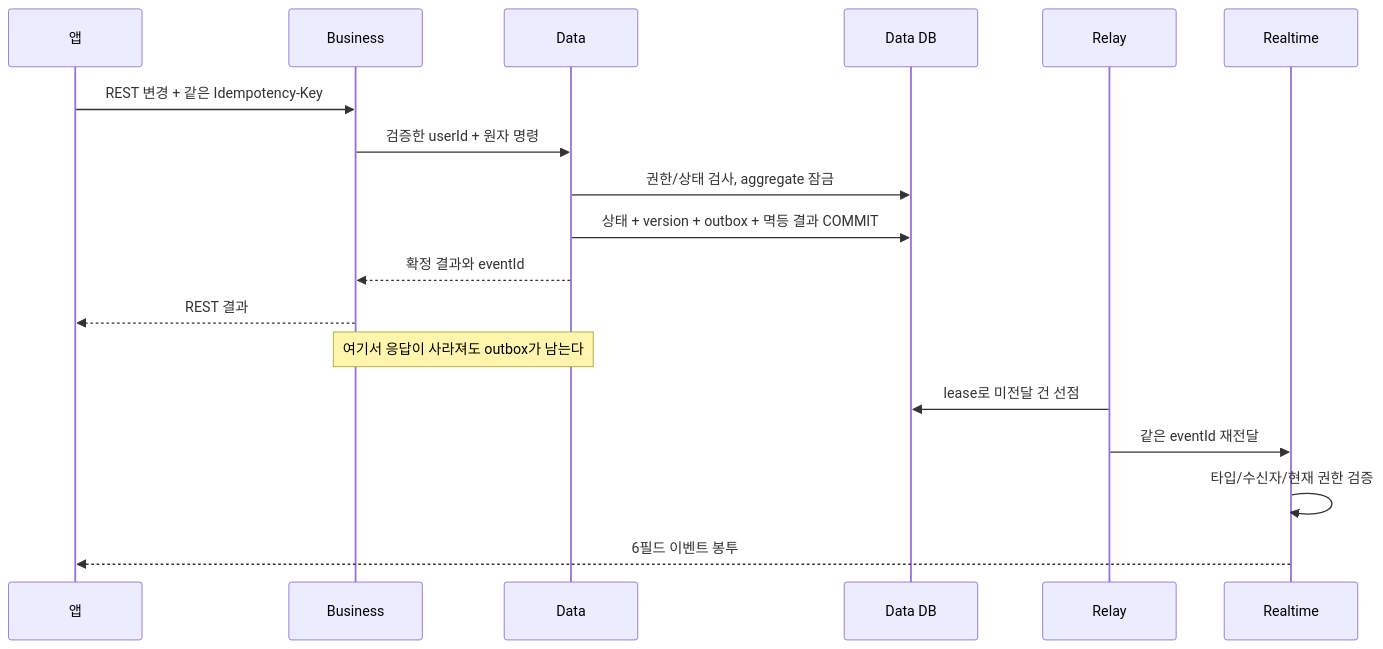
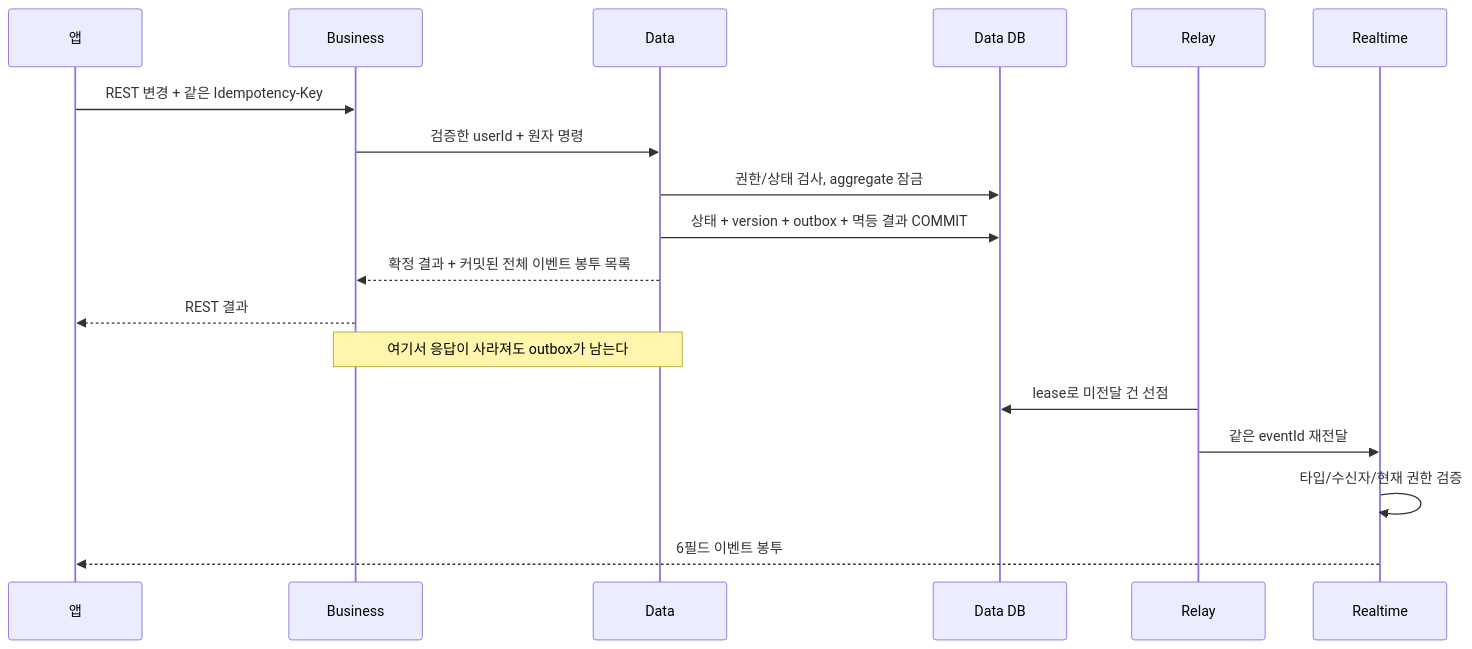
One commit to OneOrThree/phone changed the second of 4 diagrams in docs/prd/realtime-events/high-level-design.md. Above: the diagram before and after it, drawn with Mermaid. The commit also changed other lines of this file and 2 other files, not shown here.

Commit message:
[FIX] GROMO-1754 메시지 식별자와 전체 이벤트 응답 계약 정합

````diff
--- a/docs/prd/realtime-events/high-level-design.md
+++ b/docs/prd/realtime-events/high-level-design.md
@@ -33,20 +33,20 @@
 ```mermaid
 sequenceDiagram
     participant A as 앱
     participant B as Business
     participant D as Data
     participant DB as Data DB
     participant L as Relay
     participant R as Realtime
     A->>B: REST 변경 + 같은 Idempotency-Key
     B->>D: 검증한 userId + 원자 명령
     D->>DB: 권한/상태 검사, aggregate 잠금
     D->>DB: 상태 + version + outbox + 멱등 결과 COMMIT
-    D-->>B: 확정 결과와 eventId
+    D-->>B: 확정 결과 + 커밋된 전체 이벤트 봉투 목록
     B-->>A: REST 결과
     Note over D,B: 여기서 응답이 사라져도 outbox가 남는다
     L->>DB: lease로 미전달 건 선점
     L->>R: 같은 eventId 재전달
     R->>R: 타입/수신자/현재 권한 검증
     R-->>A: 6필드 이벤트 봉투
 ```
````
